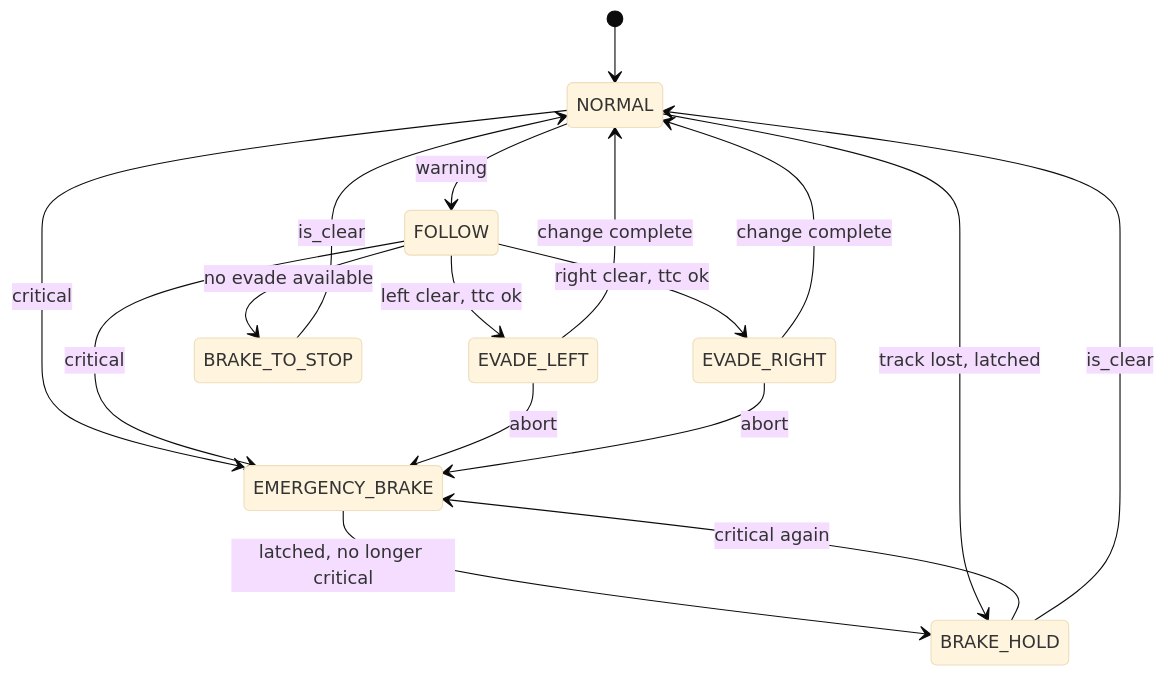
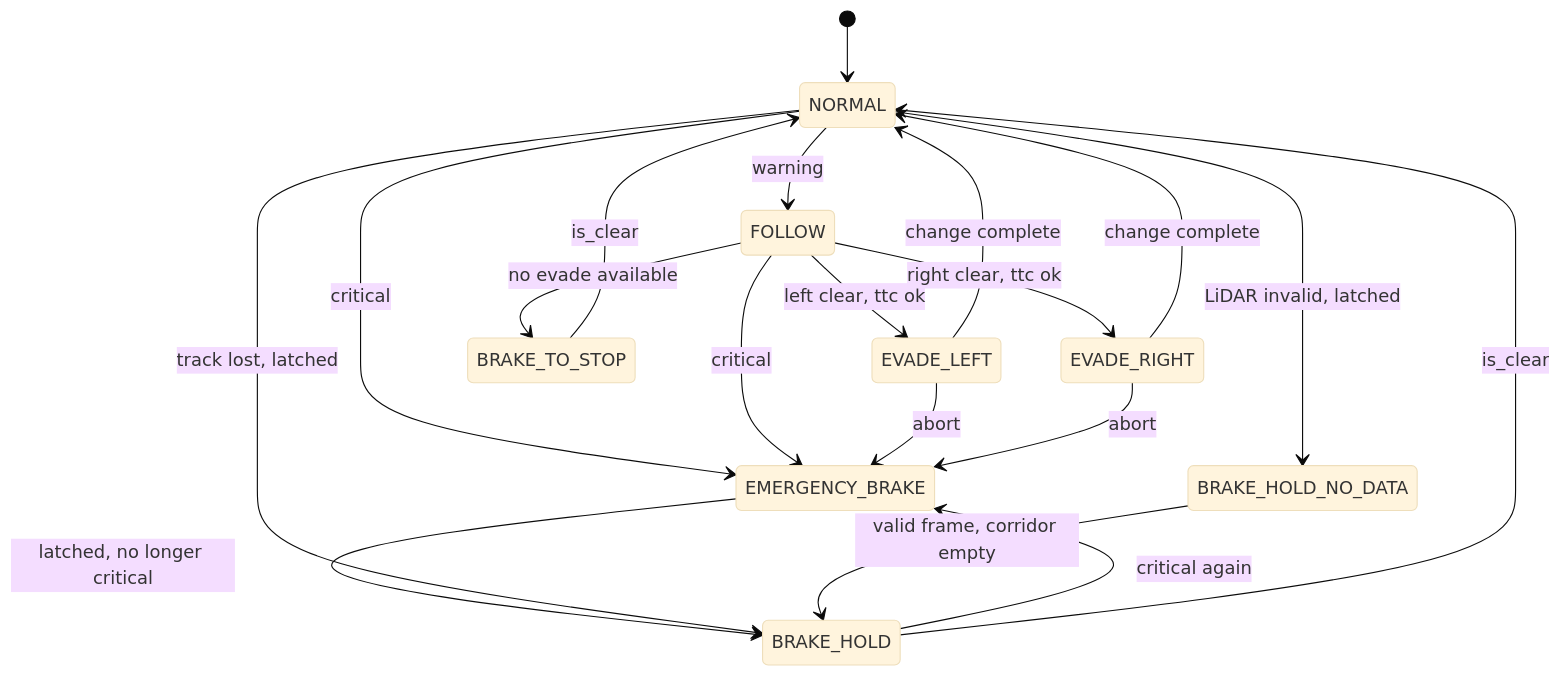
Before and after one commit to nhatduongchess-cloud/carla-adas-active-safety-project: the fourth of 8 diagrams in docs/ARCHITECTURE.md, drawn with Mermaid (base theme). The commit also changed other lines of this file and 10 other files, not shown here.

````diff
--- a/docs/ARCHITECTURE.md
+++ b/docs/ARCHITECTURE.md
@@ -323,19 +323,21 @@
 ```mermaid
 stateDiagram-v2
     [*] --> NORMAL
     NORMAL --> FOLLOW: warning
     NORMAL --> EMERGENCY_BRAKE: critical
     FOLLOW --> EVADE_LEFT: left clear, ttc ok
     FOLLOW --> EVADE_RIGHT: right clear, ttc ok
     FOLLOW --> BRAKE_TO_STOP: no evade available
     FOLLOW --> EMERGENCY_BRAKE: critical
     EVADE_LEFT --> EMERGENCY_BRAKE: abort
     EVADE_RIGHT --> EMERGENCY_BRAKE: abort
     EVADE_LEFT --> NORMAL: change complete
     EVADE_RIGHT --> NORMAL: change complete
     EMERGENCY_BRAKE --> BRAKE_HOLD: latched, no longer critical
     BRAKE_HOLD --> EMERGENCY_BRAKE: critical again
     BRAKE_HOLD --> NORMAL: is_clear
     BRAKE_TO_STOP --> NORMAL: is_clear
     NORMAL --> BRAKE_HOLD: track lost, latched
+    NORMAL --> BRAKE_HOLD_NO_DATA: LiDAR invalid, latched
+    BRAKE_HOLD_NO_DATA --> BRAKE_HOLD: valid frame, corridor empty
 ```
````
